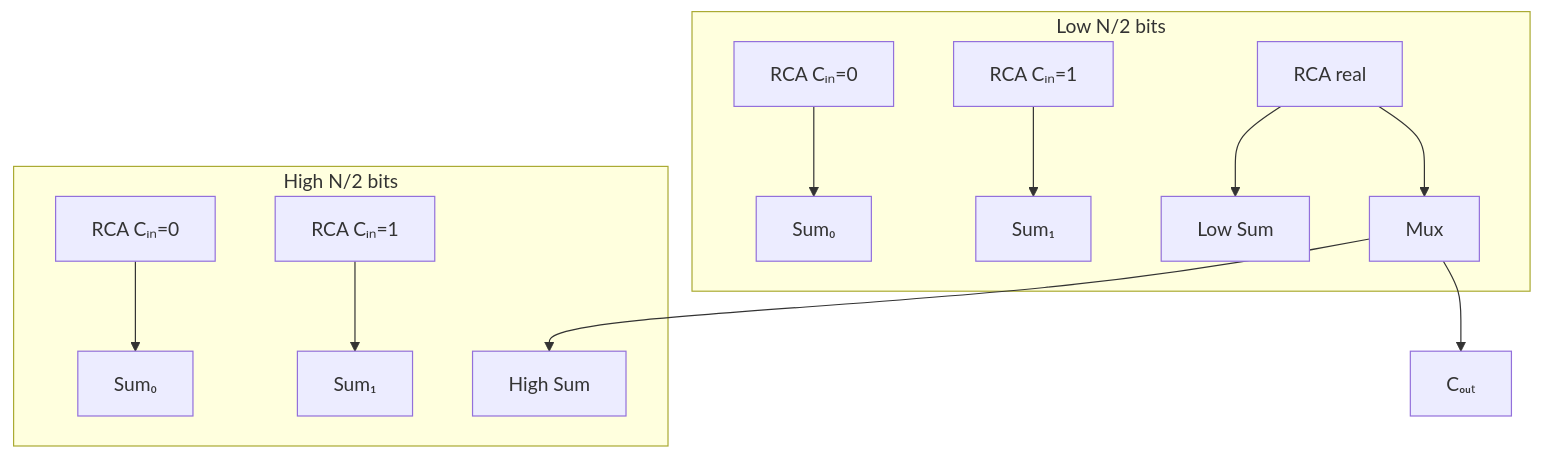
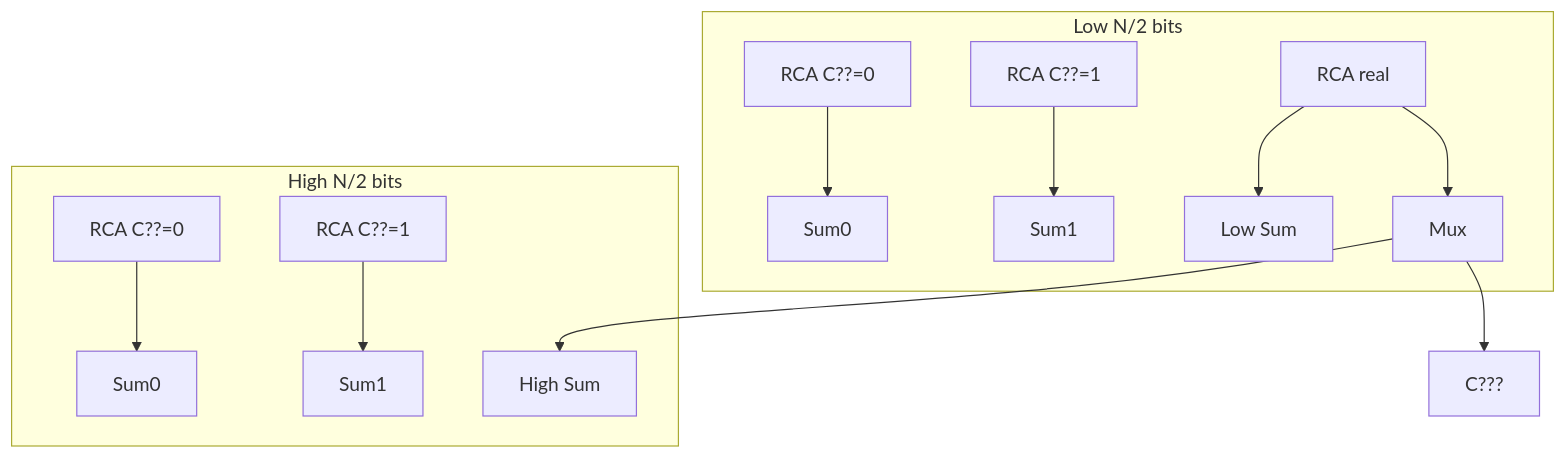
One commit to Raushan666java/ai-engineering-journey changed the fifth of 9 diagrams in docs/courses/digital-logic/05-combinational-circuits.md. Above: the diagram before and after it, drawn with Mermaid. The commit also changed other lines of this file and 790 other files, not shown here.

Commit message:
Sync all course diagram renders and content updates

````diff
--- a/docs/courses/digital-logic/05-combinational-circuits.md
+++ b/docs/courses/digital-logic/05-combinational-circuits.md
@@ -250,15 +250,15 @@
 ```mermaid
 graph TD
     subgraph "Low N/2 bits"
-        RCA0[RCA Cᵢₙ=0] --> S0[Sum₀]
-        RCA1[RCA Cᵢₙ=1] --> S1[Sum₁]
+        RCA0[RCA C??=0] --> S0[Sum0]
+        RCA1[RCA C??=1] --> S1[Sum1]
         RCAR[RCA real] --> SL[Low Sum]
         RCAR --> CM[Mux]
     end
     subgraph "High N/2 bits"
-        RCAH0[RCA Cᵢₙ=0] --> S0H[Sum₀]
-        RCAH1[RCA Cᵢₙ=1] --> S1H[Sum₁]
+        RCAH0[RCA C??=0] --> S0H[Sum0]
+        RCAH1[RCA C??=1] --> S1H[Sum1]
         CM --> SH[High Sum]
     end
-    CM --> Cout[Cₒᵤₜ]
+    CM --> Cout[C???]
 ```
````
